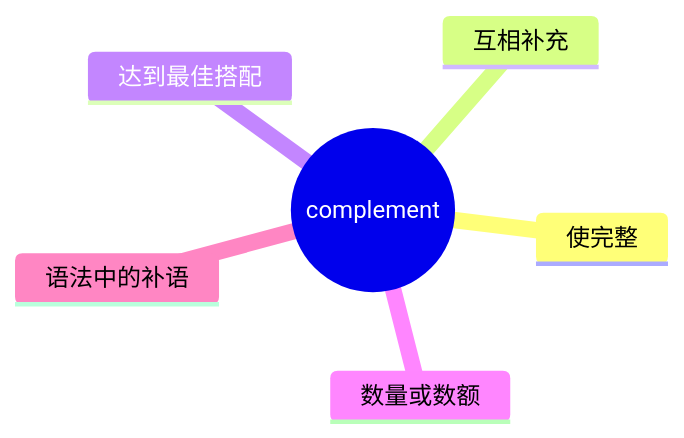
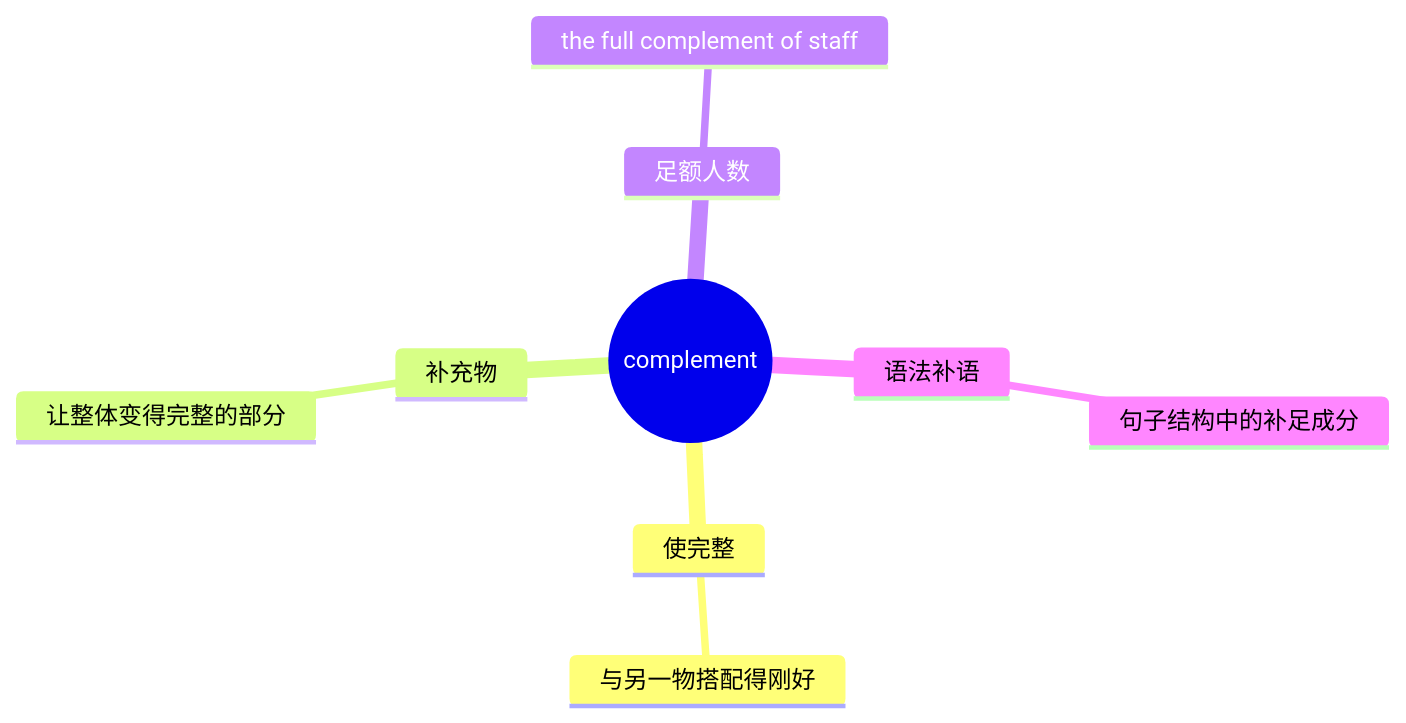
One commit to seki999/DialogueFlow changed the second of 5 diagrams in slides_backup/托业单词/20260630/01.md. Above: the diagram before and after it, drawn with Mermaid. The commit also changed other lines of this file and 28 other files, not shown here.

````diff
--- a/slides_backup/托业单词/20260630/01.md
+++ b/slides_backup/托业单词/20260630/01.md
@@ -32,9 +40,12 @@
 ```mermaid
 mindmap
   root((complement))
     使完整
-    互相补充
-    达到最佳搭配
-    数量或数额
-    语法中的补语
+      与另一物搭配得刚好
+    补充物
+      让整体变得完整的部分
+    足额人数
+      the full complement of staff
+    语法补语
+      句子结构中的补足成分
 ```
````
